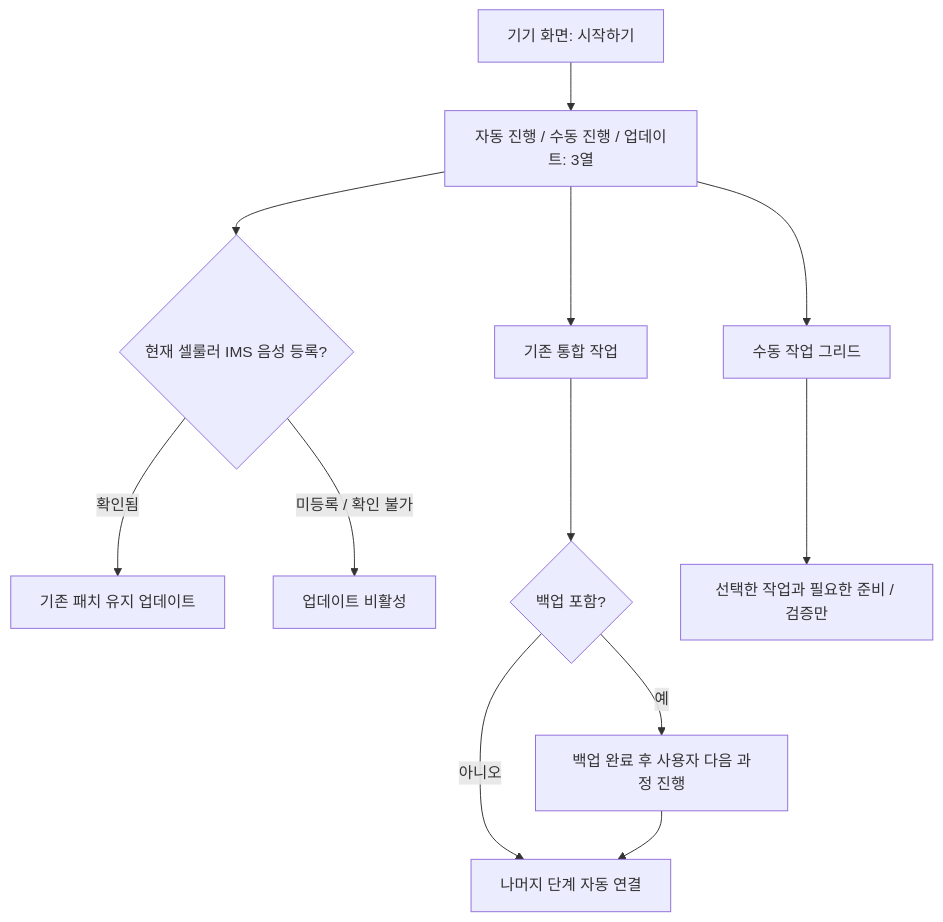
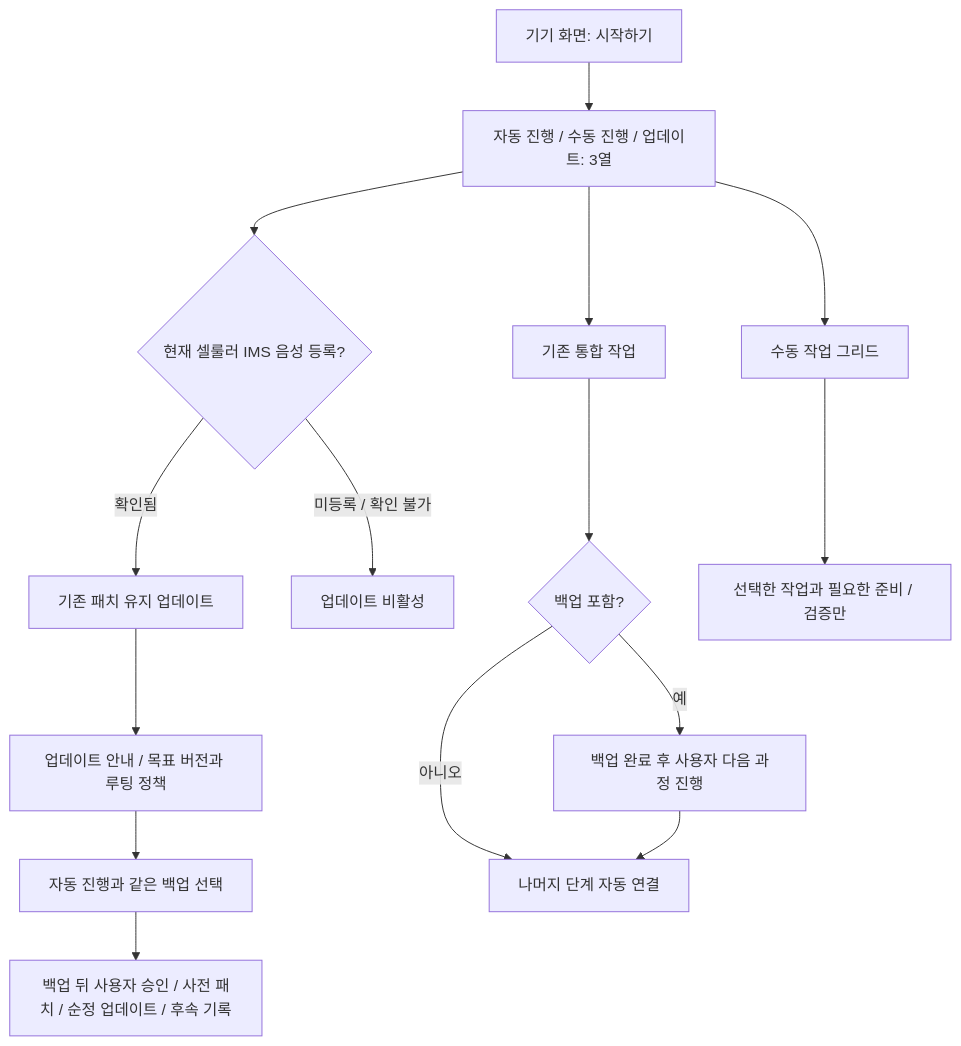
Before and after one commit to korjwl1/xperia-volte-activator: the second of 2 diagrams in docs/structure/workflow.md, drawn with Mermaid. The commit also changed other lines of this file and 6 other files, not shown here.

````diff
--- a/docs/structure/workflow.md
+++ b/docs/structure/workflow.md
@@ -35,14 +35,17 @@
 ```mermaid
 flowchart TB
   Start[기기 화면: 시작하기] --> Select[자동 진행 / 수동 진행 / 업데이트: 3열]
   Select --> Auto[기존 통합 작업]
   Select --> Manual[수동 작업 그리드]
   Select --> Gate{현재 셀룰러 IMS 음성 등록?}
   Gate -->|확인됨| Update[기존 패치 유지 업데이트]
+  Update --> UpdateInfo[업데이트 안내 / 목표 버전과 루팅 정책]
+  UpdateInfo --> UpdateBackup[자동 진행과 같은 백업 선택]
+  UpdateBackup --> UpdateRun[백업 뒤 사용자 승인 / 사전 패치 / 순정 업데이트 / 후속 기록]
   Gate -->|미등록 / 확인 불가| Disabled[업데이트 비활성]
   Auto --> Backup{백업 포함?}
   Backup -->|예| Wait[백업 완료 후 사용자 다음 과정 진행]
   Backup -->|아니오| Rest[나머지 단계 자동 연결]
   Wait --> Rest
   Manual --> One[선택한 작업과 필요한 준비 / 검증만]
 ```
````
